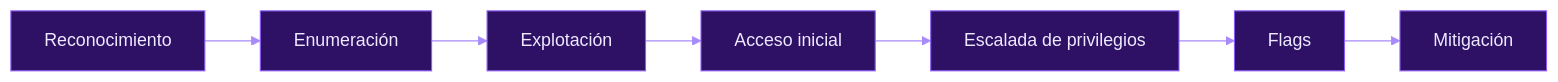
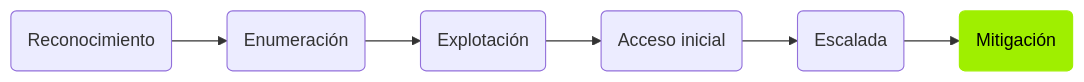
Before and after one commit to phanesopenyoureyes/hacking-journey: the diagram in README.md, drawn with Mermaid. The commit also changed other lines of this file, not shown here.

````diff
--- a/README.md
+++ b/README.md
@@ -53,10 +32,9 @@
 ```mermaid
-%%{init: {'theme':'base','themeVariables':{'primaryColor':'#2e1065','primaryTextColor':'#ede9fe','primaryBorderColor':'#8b5cf6','lineColor':'#a78bfa','secondaryColor':'#1a1033','tertiaryColor':'#0d0b1a','fontFamily':'ui-sans-serif,system-ui'}}}%%
 flowchart LR
-    A[Reconocimiento] --> B[Enumeración]
-    B --> C[Explotación]
-    C --> D[Acceso inicial]
-    D --> E[Escalada de privilegios]
-    E --> F[Flags]
-    F --> G[Mitigación]
+    A(Reconocimiento) --> B(Enumeración)
+    B --> C(Explotación)
+    C --> D(Acceso inicial)
+    D --> E(Escalada)
+    E --> F(Mitigación)
+    style F fill:#9FEF00,stroke:#9FEF00,color:#000
 ```
````
